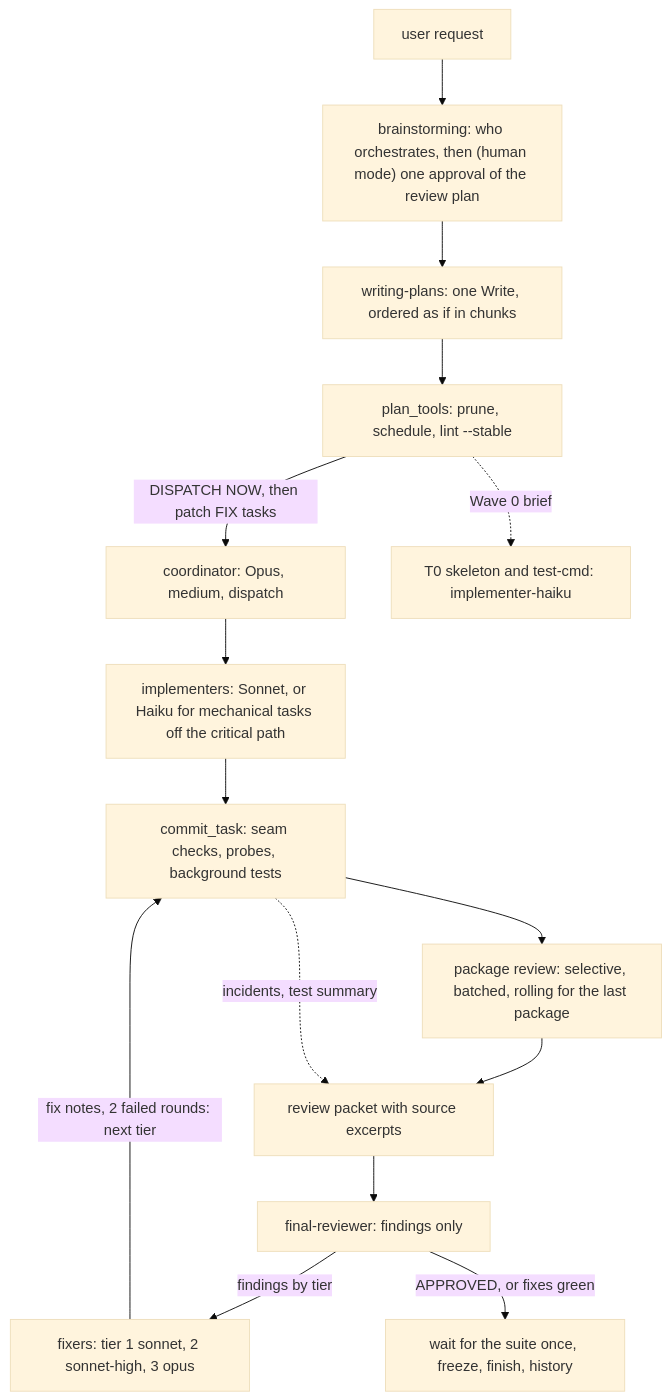
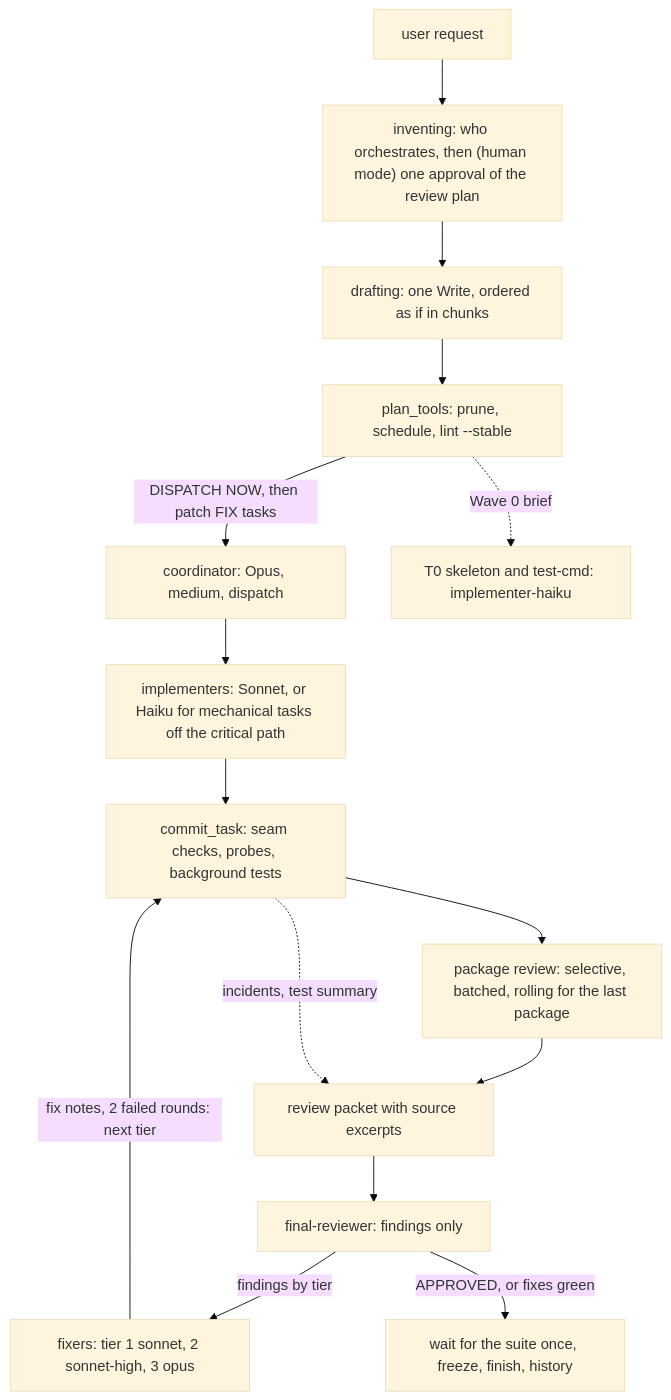
Before and after one commit to iha2/superlite: the first of 8 diagrams in docs/specs/2026-10-17-superlite-architecture-design.md, drawn with Mermaid (base theme). The commit also changed other lines of this file and 146 other files, not shown here.

````diff
--- a/docs/specs/2026-10-17-superlite-architecture-design.md
+++ b/docs/specs/2026-10-17-superlite-architecture-design.md
@@ -7,17 +7,17 @@
 ```mermaid
 flowchart TB
-  U[user request] --> BR["brainstorming: who orchestrates, then (human mode) one approval of the review plan"]
-  BR --> WP["writing-plans: one Write, ordered as if in chunks"]
+  U[user request] --> BR["inventing: who orchestrates, then (human mode) one approval of the review plan"]
+  BR --> WP["drafting: one Write, ordered as if in chunks"]
   WP --> LS["plan_tools: prune, schedule, lint --stable"]
   LS -->|"DISPATCH NOW, then patch FIX tasks"| CO["coordinator: Opus, medium, dispatch"]
   LS -.->|"Wave 0 brief"| W0["T0 skeleton and test-cmd: implementer-haiku"]
   CO --> IM["implementers: Sonnet, or Haiku for mechanical tasks off the critical path"]
   IM --> CT["commit_task: seam checks, probes, background tests"]
   CT --> PR["package review: selective, batched, rolling for the last package"]
   PR --> PK["review packet with source excerpts"]
   CT -.->|"incidents, test summary"| PK
   PK --> FR["final-reviewer: findings only"]
   FR -->|"findings by tier"| FX["fixers: tier 1 sonnet, 2 sonnet-high, 3 opus"]
   FX -->|"fix notes, 2 failed rounds: next tier"| CT
   FR -->|"APPROVED, or fixes green"| FN["wait for the suite once, freeze, finish, history"]
 ```
````
